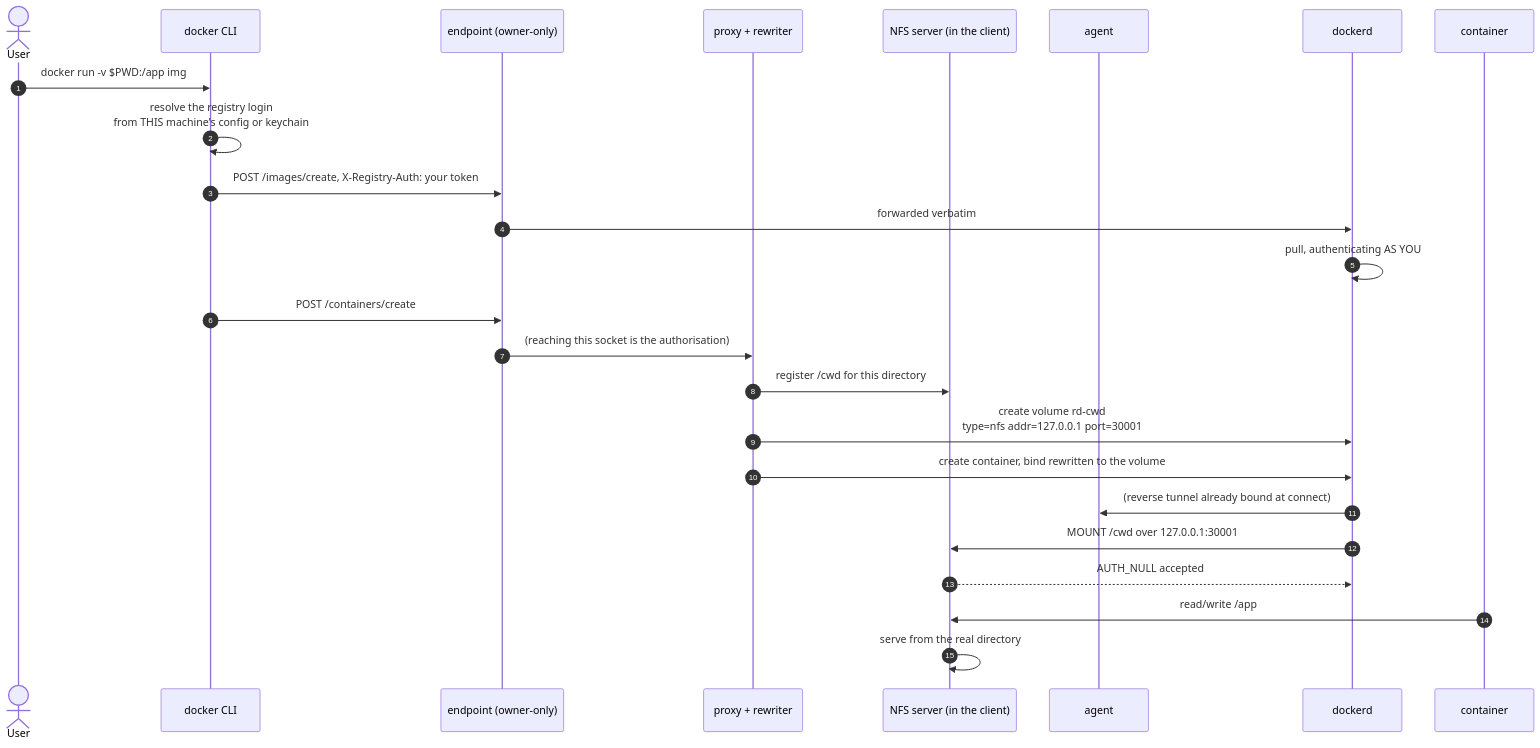
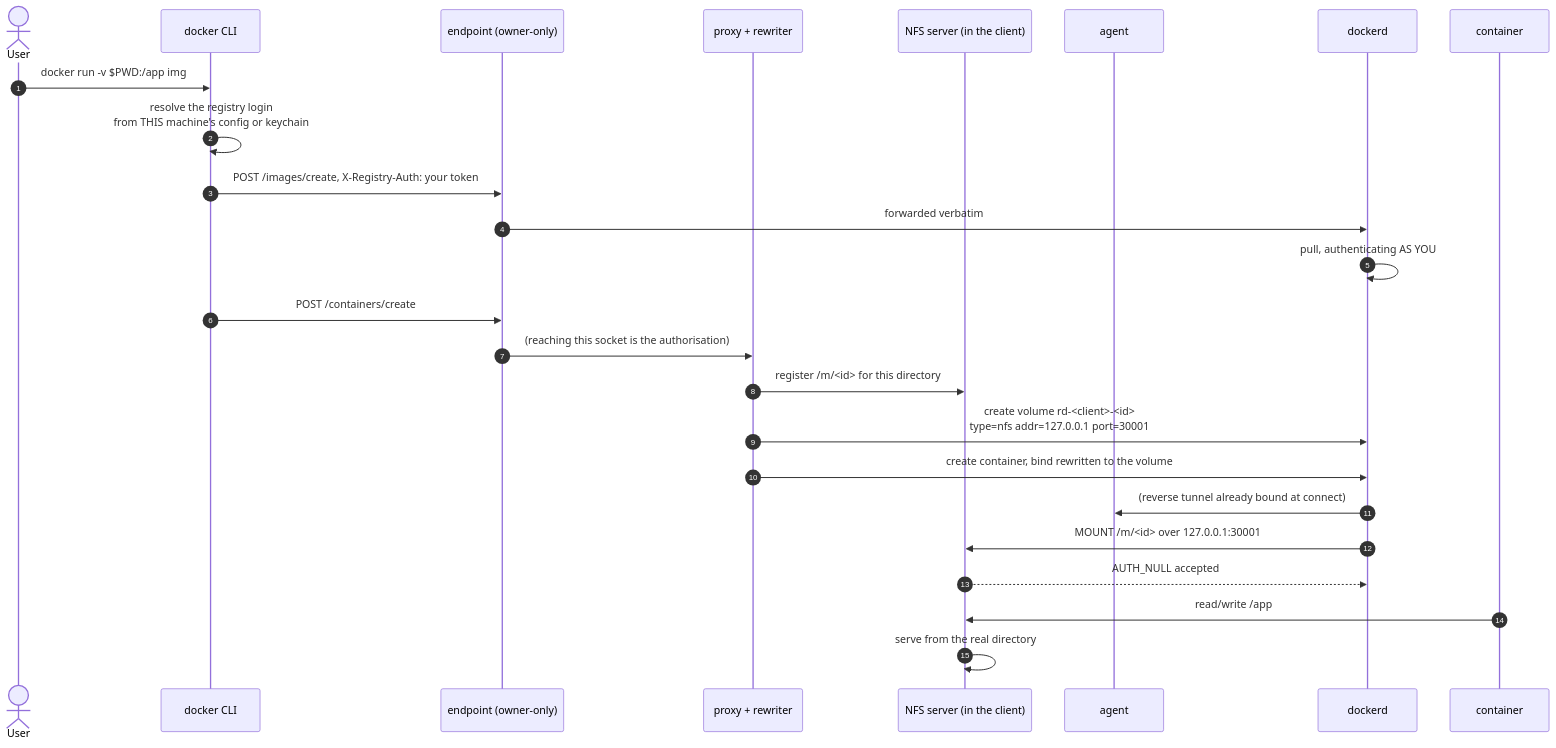
The fourth of 11 diagrams in docs/threat-model.md (lhns/remote-docker), drawn with Mermaid before and after one commit. The commit also changed other lines of this file and 64 other files, not shown here.

First line of the commit message:
Drop the /cwd share and derive the working directory's share from its path (#229)

````diff
--- a/docs/threat-model.md
+++ b/docs/threat-model.md
@@ -254,28 +254,28 @@
 ```mermaid
 sequenceDiagram
     autonumber
     actor U as User
     participant CLI as docker CLI
     participant EP as endpoint (owner-only)
     participant Proxy as proxy + rewriter
     participant NFS as NFS server (in the client)
     participant Agent as agent
     participant D as dockerd
     participant C as container
 
     U->>CLI: docker run -v $PWD:/app img
     CLI->>CLI: resolve the registry login<br/>from THIS machine's config or keychain
     CLI->>EP: POST /images/create, X-Registry-Auth: your token
     EP->>D: forwarded verbatim
     D->>D: pull, authenticating AS YOU
     CLI->>EP: POST /containers/create
     EP->>Proxy: (reaching this socket is the authorisation)
-    Proxy->>NFS: register /cwd for this directory
-    Proxy->>D: create volume rd-cwd<br/>type=nfs addr=127.0.0.1 port=30001
+    Proxy->>NFS: register /m/<id> for this directory
+    Proxy->>D: create volume rd-<client>-<id><br/>type=nfs addr=127.0.0.1 port=30001
     Proxy->>D: create container, bind rewritten to the volume
     D->>Agent: (reverse tunnel already bound at connect)
-    D->>NFS: MOUNT /cwd over 127.0.0.1:30001
+    D->>NFS: MOUNT /m/<id> over 127.0.0.1:30001
     NFS-->>D: AUTH_NULL accepted
     C->>NFS: read/write /app
     NFS->>NFS: serve from the real directory
 ```
````
